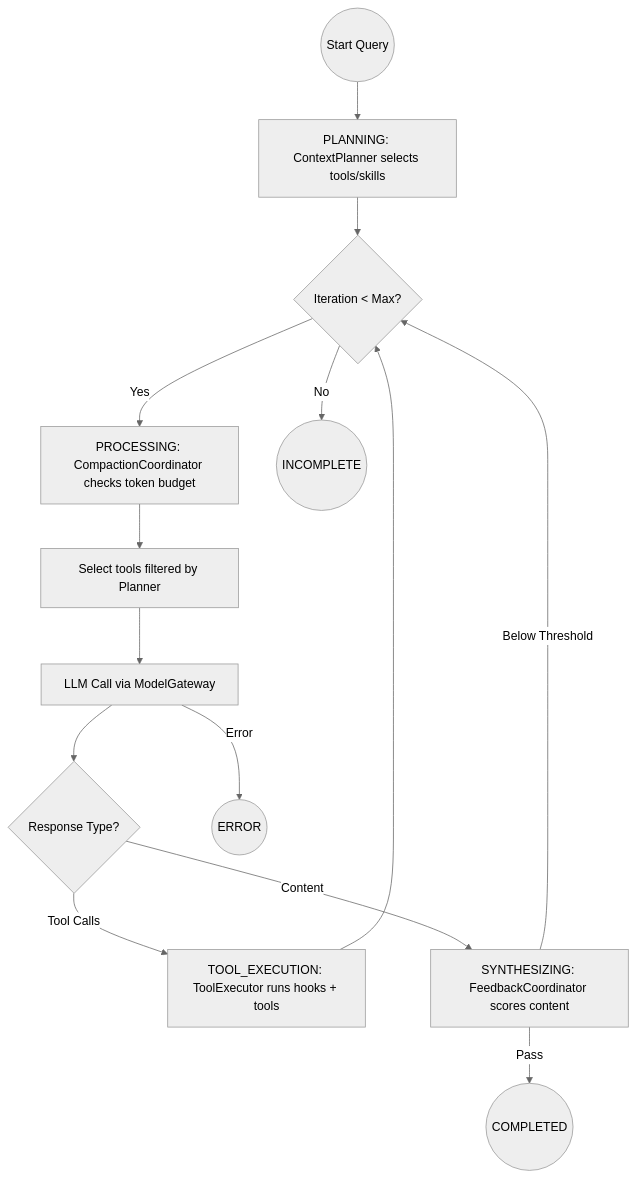
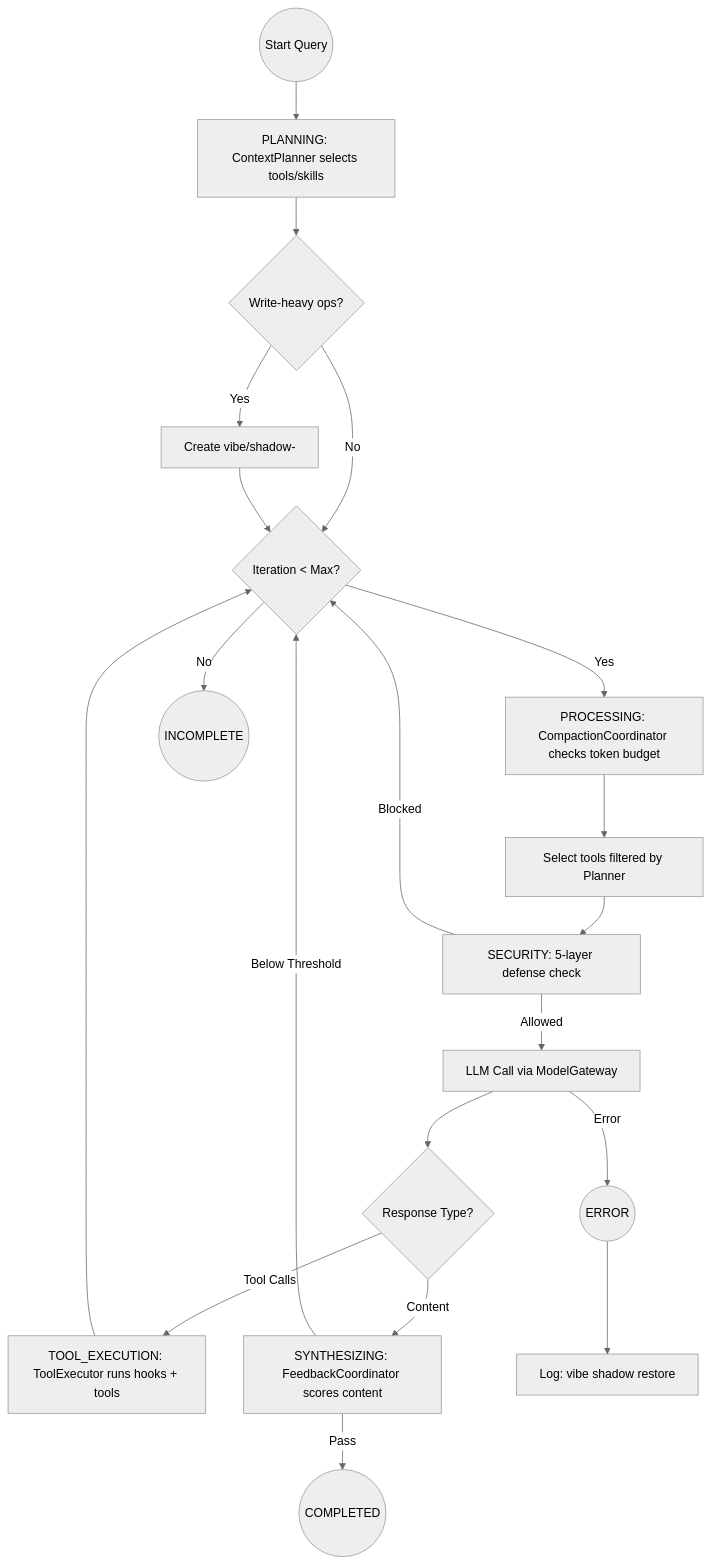
One commit to iwisher/vibe-agent changed the diagram in docs/ARCHITECTURE.md. Above: the diagram before and after it, drawn with Mermaid (neutral theme). The commit also changed other lines of this file and 4 other files, not shown here.

````diff
--- a/docs/ARCHITECTURE.md
+++ b/docs/ARCHITECTURE.md
@@ -65,21 +77,27 @@
 ```mermaid
 graph TD
     Start((Start Query)) --> Planning[PLANNING: ContextPlanner selects tools/skills]
-    Planning --> LoopStart{Iteration < Max?}
+    Planning --> ShadowCheck{Write-heavy ops?}
+    ShadowCheck -- Yes --> CreateShadow[Create vibe/shadow-<session-id>]
+    ShadowCheck -- No --> LoopStart
+    CreateShadow --> LoopStart
     
-    LoopStart -- Yes --> Compaction[PROCESSING: CompactionCoordinator checks token budget]
+    LoopStart{Iteration < Max?} -- Yes --> Compaction[PROCESSING: CompactionCoordinator checks token budget]
     Compaction --> ToolSelection[Select tools filtered by Planner]
-    ToolSelection --> LLMCall[LLM Call via ModelGateway]
+    ToolSelection --> Security[SECURITY: 5-layer defense check]
+    Security -- Blocked --> LoopStart
+    Security -- Allowed --> LLMCall[LLM Call via ModelGateway]
     
     LLMCall --> CheckResponse{Response Type?}
     
     CheckResponse -- Tool Calls --> ToolExec[TOOL_EXECUTION: ToolExecutor runs hooks + tools]
     ToolExec --> LoopStart
     
     CheckResponse -- Content --> Feedback[SYNTHESIZING: FeedbackCoordinator scores content]
     Feedback -- Below Threshold --> LoopStart
     Feedback -- Pass --> End((COMPLETED))
     
     LoopStart -- No --> Incomplete((INCOMPLETE))
     LLMCall -- Error --> ErrorState((ERROR))
+    ErrorState --> OfferRollback[Log: vibe shadow restore <session-id>]
 ```
````
